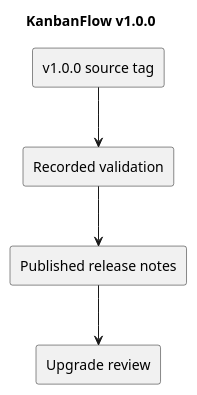
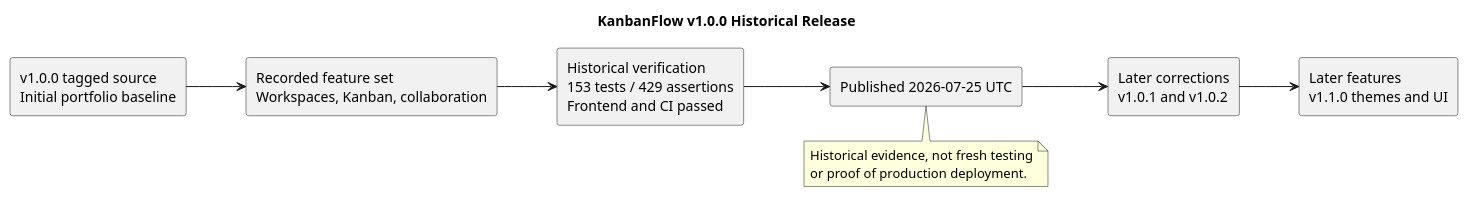
The diagram in docs/Releases/diagrams/v1.0.0.puml (Farhad-Valizadegan/Web-KanbanFlow), drawn with PlantUML before and after one commit. The commit also changed 2 other files, not shown here.

Commit message:
docs: complete v1.0.0 historical release record

```diff
--- a/docs/Releases/diagrams/v1.0.0.puml
+++ b/docs/Releases/diagrams/v1.0.0.puml
@@ -1,10 +1,19 @@
 @startuml
-title KanbanFlow v1.0.0
-rectangle "v1.0.0 source tag" as T
-rectangle "Recorded validation" as V
-rectangle "Published release notes" as N
-rectangle "Upgrade review" as U
-T --> V
-V --> N
-N --> U
+title KanbanFlow v1.0.0 Historical Release
+left to right direction
+rectangle "v1.0.0 tagged source\nInitial portfolio baseline" as T
+rectangle "Recorded feature set\nWorkspaces, Kanban, collaboration" as F
+rectangle "Historical verification\n153 tests / 429 assertions\nFrontend and CI passed" as V
+rectangle "Published 2026-07-25 UTC" as P
+rectangle "Later corrections\nv1.0.1 and v1.0.2" as C
+rectangle "Later features\nv1.1.0 themes and UI" as U
+T --> F
+F --> V
+V --> P
+P --> C
+C --> U
+note bottom of P
+Historical evidence, not fresh testing
+or proof of production deployment.
+end note
 @enduml
```
